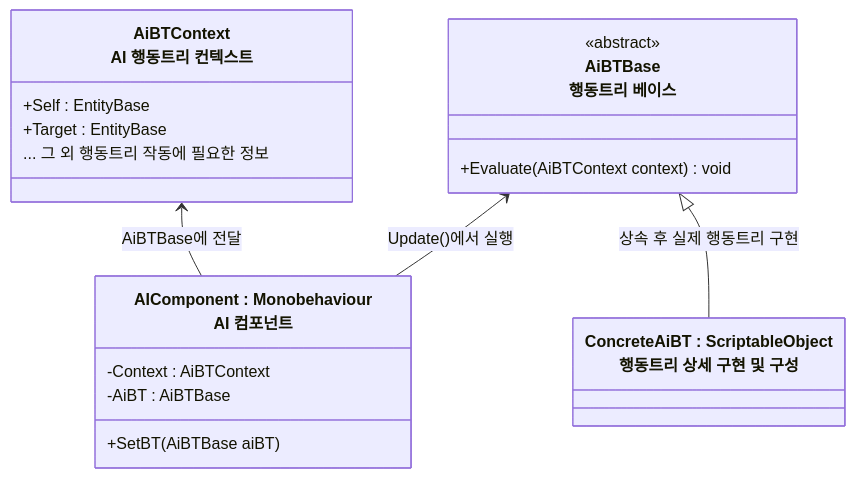
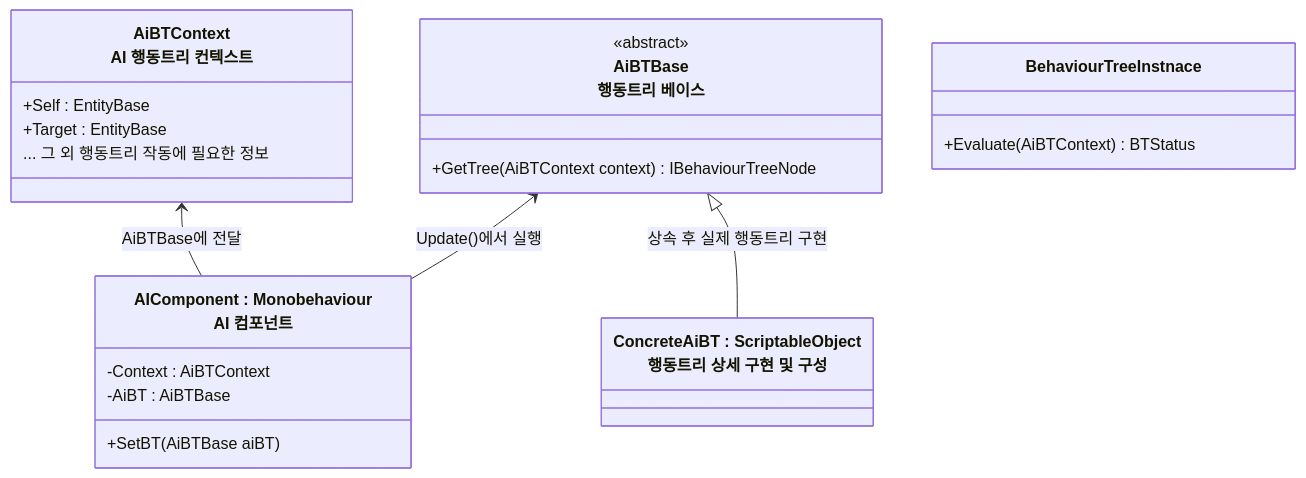
The diagram in README/행동트리_설계.md (JIN5EOK/DungeonShooter), drawn with Mermaid before and after one commit. The commit also changed other lines of this file, not shown here.

````diff
--- a/README/행동트리_설계.md
+++ b/README/행동트리_설계.md
@@ -7,27 +7,30 @@
 ```mermaid
 classDiagram
     class AiBTContext["AiBTContext<br>AI 행동트리 컨텍스트"]{
         +Self : EntityBase
         +Target : EntityBase
         ... 그 외 행동트리 작동에 필요한 정보
     }
 
     class AiBTBase["AiBTBase<br>행동트리 베이스"]{
         <<abstract>>
-        
-        +Evaluate(AiBTContext context) void
+        +GetTree(AiBTContext context) IBehaviourTreeNode
     }
 
     class ConcreteAiBT["ConcreteAiBT : ScriptableObject<br>행동트리 상세 구현 및 구성"]{
         
+    }
+
+    class BehaviourTreeInstnace{
+        +Evaluate(AiBTContext) BTStatus
     }
 
     class AIComponent["AIComponent : Monobehaviour<br>AI 컴포넌트"]{
         -Context : AiBTContext
         -AiBT : AiBTBase
         +SetBT(AiBTBase aiBT)
     }
     AiBTContext <-- AIComponent : AiBTBase에 전달
     AiBTBase <-- AIComponent : Update()에서 실행
     AiBTBase <|-- ConcreteAiBT : 상속 후 실제 행동트리 구현
 ```
````
